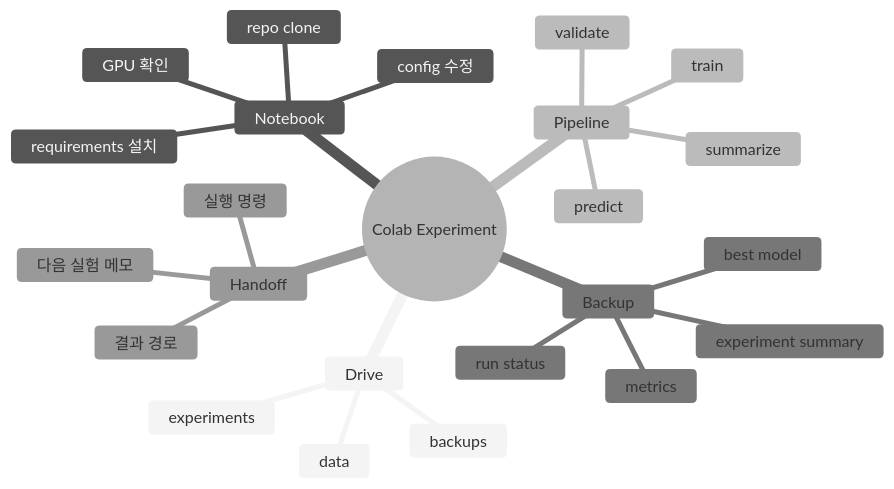
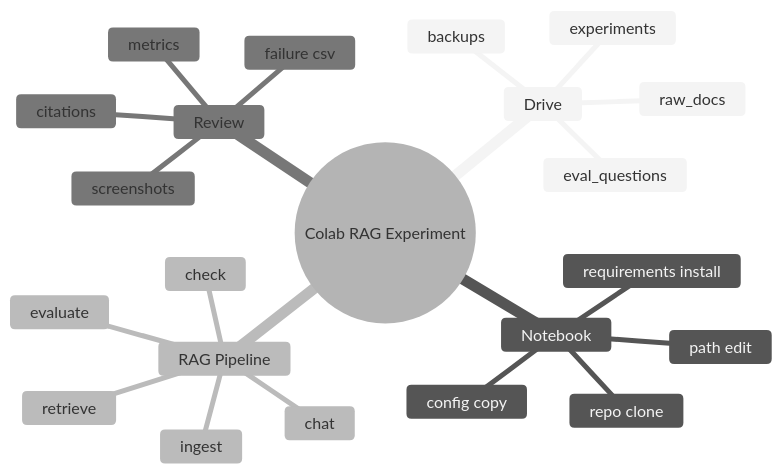
One commit to Codeit-Part3-6Team/Codeit-Part3-6Team-Project changed the diagram in docs/md/experiments/COLAB_GUIDE.md. Above: the diagram before and after it, drawn with Mermaid (neutral theme). The commit also changed other lines of this file and 24 other files, not shown here.

````diff
--- a/docs/md/experiments/COLAB_GUIDE.md
+++ b/docs/md/experiments/COLAB_GUIDE.md
@@ -9,27 +9,25 @@
 ```mermaid
 mindmap
-  root((Colab Experiment))
+  root((Colab RAG Experiment))
     Drive
-      data
+      raw_docs
+      eval_questions
       experiments
       backups
     Notebook
       repo clone
-      requirements 설치
-      GPU 확인
-      config 수정
-    Pipeline
-      validate
-      train
-      predict
-      summarize
-    Backup
-      best model
+      requirements install
+      config copy
+      path edit
+    RAG Pipeline
+      check
+      ingest
+      retrieve
+      chat
+      evaluate
+    Review
       metrics
-      run status
-      experiment summary
-    Handoff
-      결과 경로
-      실행 명령
-      다음 실험 메모
+      citations
+      failure csv
+      screenshots
 ```
````
